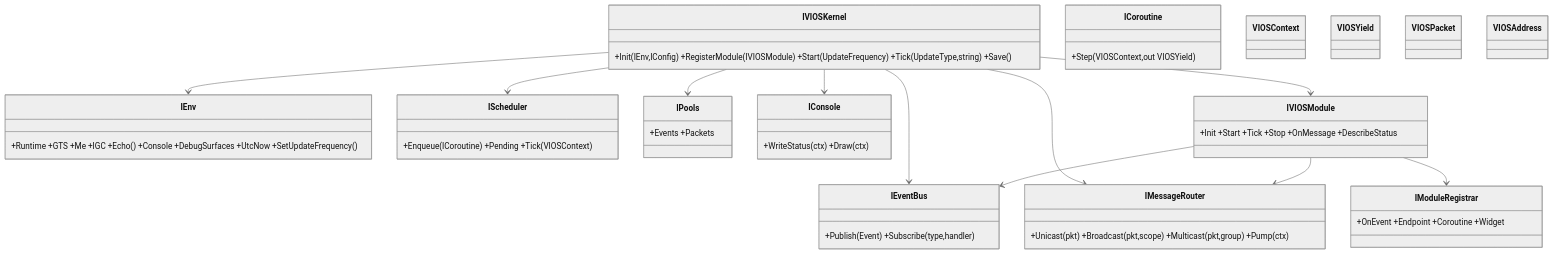
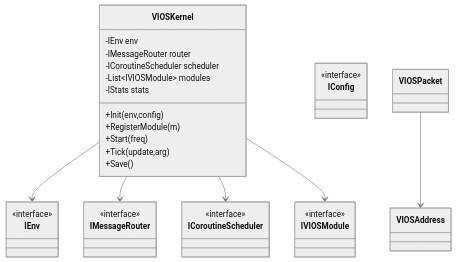
The third of 5 diagrams in docs/architecture/VIOS-Architecture.md (se-thorbergr/SE-VIOS-DevFramework), drawn with Mermaid (neutral theme) before and after one commit. The commit also changed other lines of this file and 4 other files, not shown here.

Commit message:
add submodules and doc validation, updated architecture

````diff
--- a/docs/architecture/VIOS-Architecture.md
+++ b/docs/architecture/VIOS-Architecture.md
@@ -420,28 +499,28 @@
 ```mermaid
 classDiagram
-  class IVIOSKernel { +Init(IEnv,IConfig) +RegisterModule(IVIOSModule) +Start(UpdateFrequency) +Tick(UpdateType,string) +Save() }
-  class IEnv { +Runtime +GTS +Me +IGC +Echo() +Console +DebugSurfaces +UtcNow +SetUpdateFrequency() }
-  class IScheduler { +Enqueue(ICoroutine) +Pending +Tick(VIOSContext) }
-  class ICoroutine { +Step(VIOSContext,out VIOSYield) }
-  class IEventBus { +Publish(Event) +Subscribe(type,handler) }
-  class IMessageRouter { +Unicast(pkt) +Broadcast(pkt,scope) +Multicast(pkt,group) +Pump(ctx) }
-  class IPools { +Events +Packets }
-  class IConsole { +WriteStatus(ctx) +Draw(ctx) }
-  class IVIOSModule { +Init +Start +Tick +Stop +OnMessage +DescribeStatus }
-  class IModuleRegistrar { +OnEvent +Endpoint +Coroutine +Widget }
-  class VIOSContext
-  class VIOSYield
+  class VIOSKernel {
+    +Init(env,config)
+    +RegisterModule(m)
+    +Start(freq)
+    +Tick(update,arg)
+    +Save()
+    -IEnv env
+    -IMessageRouter router
+    -ICoroutineScheduler scheduler
+    -List~IVIOSModule~ modules
+    -IStats stats
+  }
+  class IVIOSModule {<<interface>>}
+  class IEnv {<<interface>>}
+  class IConfig {<<interface>>}
+  class IMessageRouter {<<interface>>}
+  class ICoroutineScheduler {<<interface>>}
   class VIOSPacket
   class VIOSAddress
 
-  IVIOSKernel --> IEnv
-  IVIOSKernel --> IScheduler
-  IVIOSKernel --> IEventBus
-  IVIOSKernel --> IMessageRouter
-  IVIOSKernel --> IPools
-  IVIOSKernel --> IConsole
-  IVIOSKernel --> IVIOSModule
-  IVIOSModule --> IModuleRegistrar
-  IVIOSModule --> IMessageRouter
-  IVIOSModule --> IEventBus
+  VIOSKernel --> IEnv
+  VIOSKernel --> IMessageRouter
+  VIOSKernel --> ICoroutineScheduler
+  VIOSKernel --> IVIOSModule
+  VIOSPacket --> VIOSAddress
 ```
````
